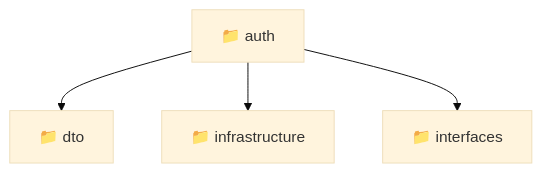
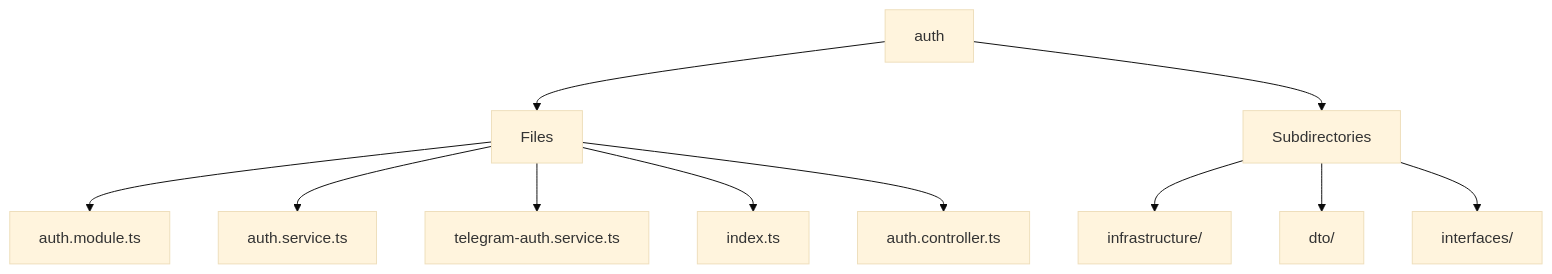
Before and after one commit to beginwebdev2002/fullstack-mavluda: the diagram in backend/src/modules/auth/README.md, drawn with Mermaid (base theme). The commit also changed other lines of this file and 167 other files, not shown here.

````diff
--- a/backend/src/modules/auth/README.md
+++ b/backend/src/modules/auth/README.md
@@ -9,7 +12,13 @@
 ```mermaid
 graph TD
-  auth["📁 auth"]
-  auth --> dto["📁 dto"]
-  auth --> infrastructure["📁 infrastructure"]
-  auth --> interfaces["📁 interfaces"]
+  auth --> Files
+  Files --> auth_module_ts[auth.module.ts]
+  Files --> auth_service_ts[auth.service.ts]
+  Files --> telegram_auth_service_ts[telegram-auth.service.ts]
+  Files --> index_ts[index.ts]
+  Files --> auth_controller_ts[auth.controller.ts]
+  auth --> Subdirectories
+  Subdirectories --> infrastructure[infrastructure/]
+  Subdirectories --> dto[dto/]
+  Subdirectories --> interfaces[interfaces/]
 ```
````
